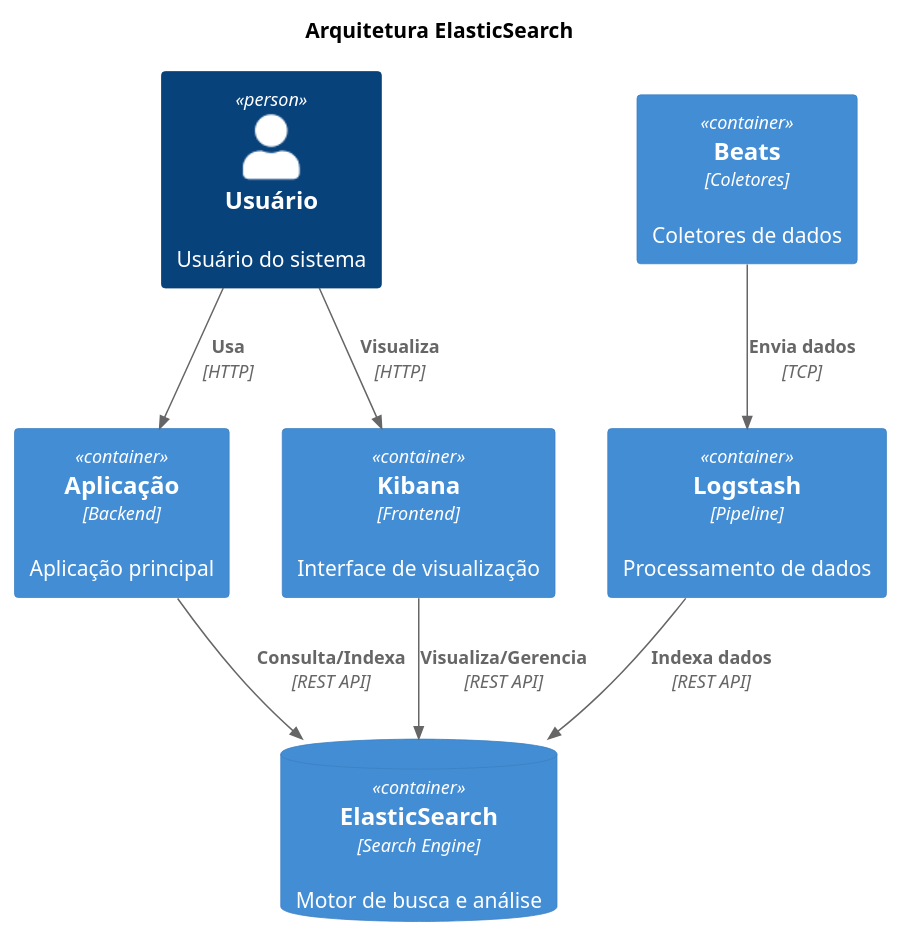
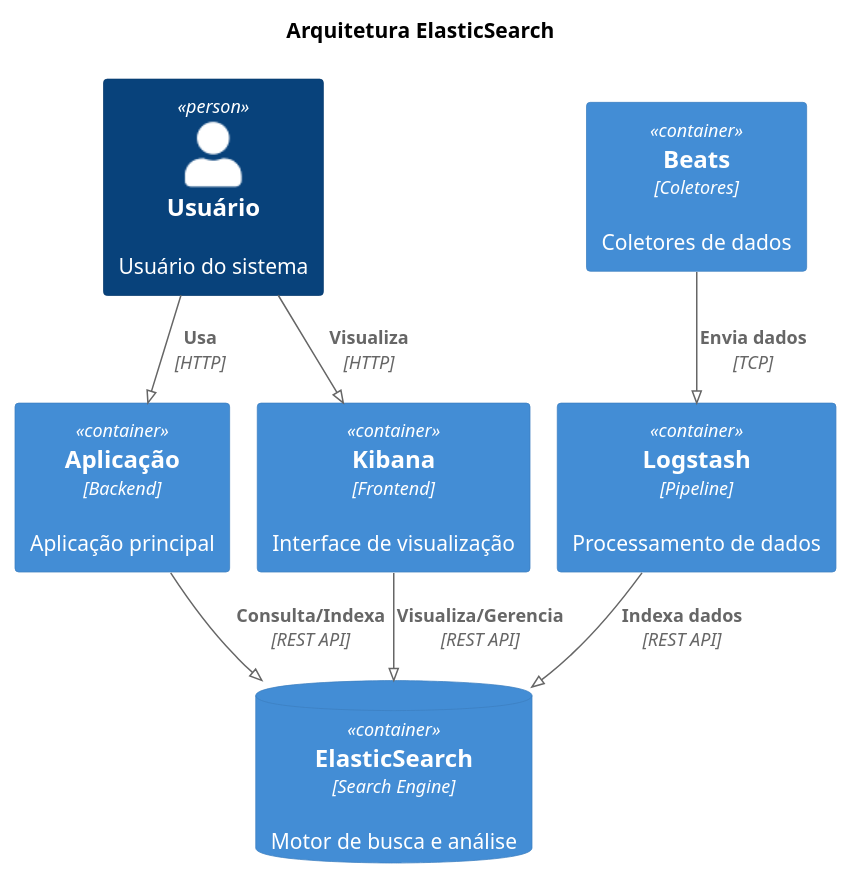
The diagram in diagrams/adr-055-elasticsearch.puml (tiagonpsilva/architecture-decision-records), drawn with PlantUML before and after one commit. The commit also changed 6 other files, not shown here.

Commit message:
fix: corrige versão do PlantUML para 1.2023.7 nos diagramas ADR-049 a ADR-055

```diff
--- a/diagrams/adr-055-elasticsearch.puml
+++ b/diagrams/adr-055-elasticsearch.puml
@@ -1,20 +1,22 @@
 @startuml
+!pragma layout smetana
+' version 1.2023.7
 !include C4_Container.puml
 
 title "Arquitetura ElasticSearch"
 
 Person(user, "Usuário", "Usuário do sistema")
 Container(app, "Aplicação", "Backend", "Aplicação principal")
 Container(kibana, "Kibana", "Frontend", "Interface de visualização")
 ContainerDb(elastic, "ElasticSearch", "Search Engine", "Motor de busca e análise")
 Container(logstash, "Logstash", "Pipeline", "Processamento de dados")
 Container(beats, "Beats", "Coletores", "Coletores de dados")
 
 Rel(user, app, "Usa", "HTTP")
 Rel(user, kibana, "Visualiza", "HTTP")
 Rel(app, elastic, "Consulta/Indexa", "REST API")
 Rel(kibana, elastic, "Visualiza/Gerencia", "REST API")
 Rel(logstash, elastic, "Indexa dados", "REST API")
 Rel(beats, logstash, "Envia dados", "TCP")
 
 @enduml 
```
